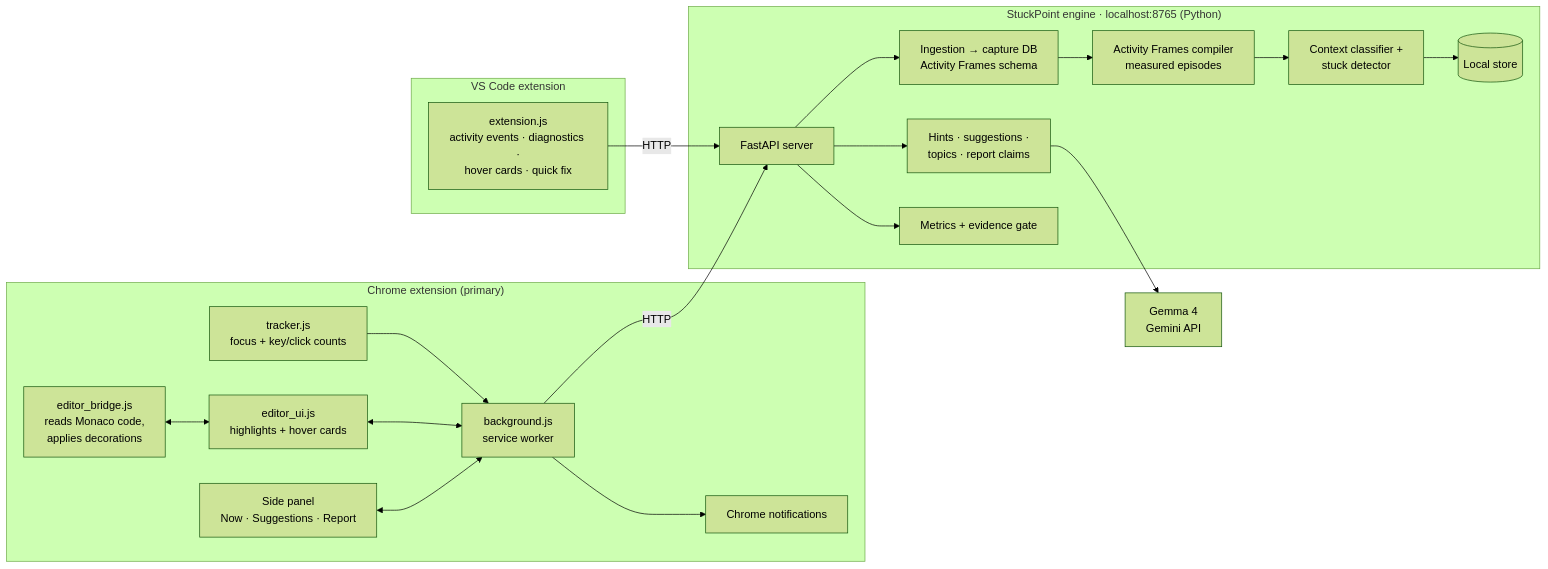
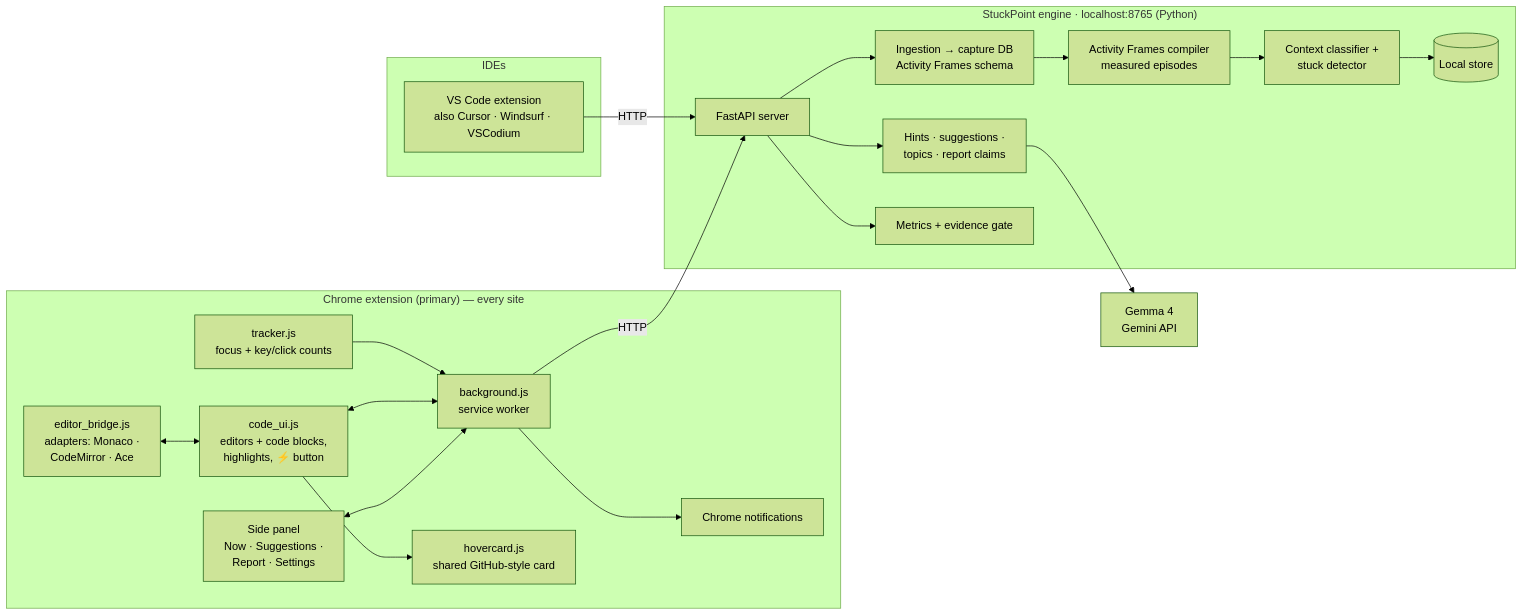
Before and after one commit to Sudheeswar-Reddy/hacktoberfest-hack-day-coimbatore-x-init-club-and-idea-club: the diagram in README.md, drawn with Mermaid (forest theme). The commit also changed other lines of this file, not shown here.

````diff
--- a/README.md
+++ b/README.md
@@ -81,24 +97,25 @@
 ```mermaid
 flowchart LR
-    subgraph Chrome["Chrome extension (primary)"]
+    subgraph Chrome["Chrome extension (primary) — every site"]
         T[tracker.js<br/>focus + key/click counts] --> SW[background.js<br/>service worker]
-        EB[editor_bridge.js<br/>reads Monaco code,<br/>applies decorations] <--> EU[editor_ui.js<br/>highlights + hover cards]
+        EB[editor_bridge.js<br/>adapters: Monaco ·<br/>CodeMirror · Ace] <--> EU[code_ui.js<br/>editors + code blocks,<br/>highlights, ⚡ button]
+        EU --> HC[hovercard.js<br/>shared GitHub-style card]
         EU <--> SW
-        SP[Side panel<br/>Now · Suggestions · Report] <--> SW
+        SP[Side panel<br/>Now · Suggestions ·<br/>Report · Settings] <--> SW
         SW --> N[Chrome notifications]
     end
-    subgraph VSC["VS Code extension"]
-        VE[extension.js<br/>activity events · diagnostics ·<br/>hover cards · quick fix]
+    subgraph IDE["IDEs"]
+        VE[VS Code extension<br/>also Cursor · Windsurf · VSCodium]
     end
     SW -- HTTP --> API
     VE -- HTTP --> API
     subgraph Engine["StuckPoint engine · localhost:8765 (Python)"]
         API[FastAPI server] --> ING[Ingestion → capture DB<br/>Activity Frames schema]
         ING --> AF[Activity Frames compiler<br/>measured episodes]
         AF --> DET[Context classifier +<br/>stuck detector]
         DET --> ST[(Local store)]
         API --> LLM[Hints · suggestions ·<br/>topics · report claims]
         API --> REP[Metrics + evidence gate]
     end
     LLM --> G[Gemma 4<br/>Gemini API]
 ```
````
